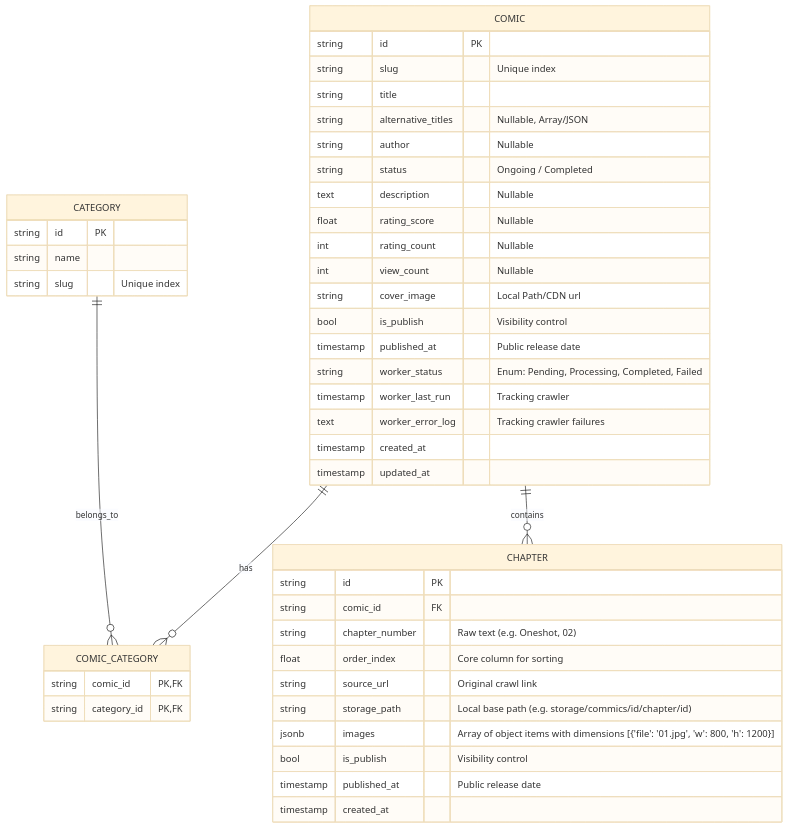
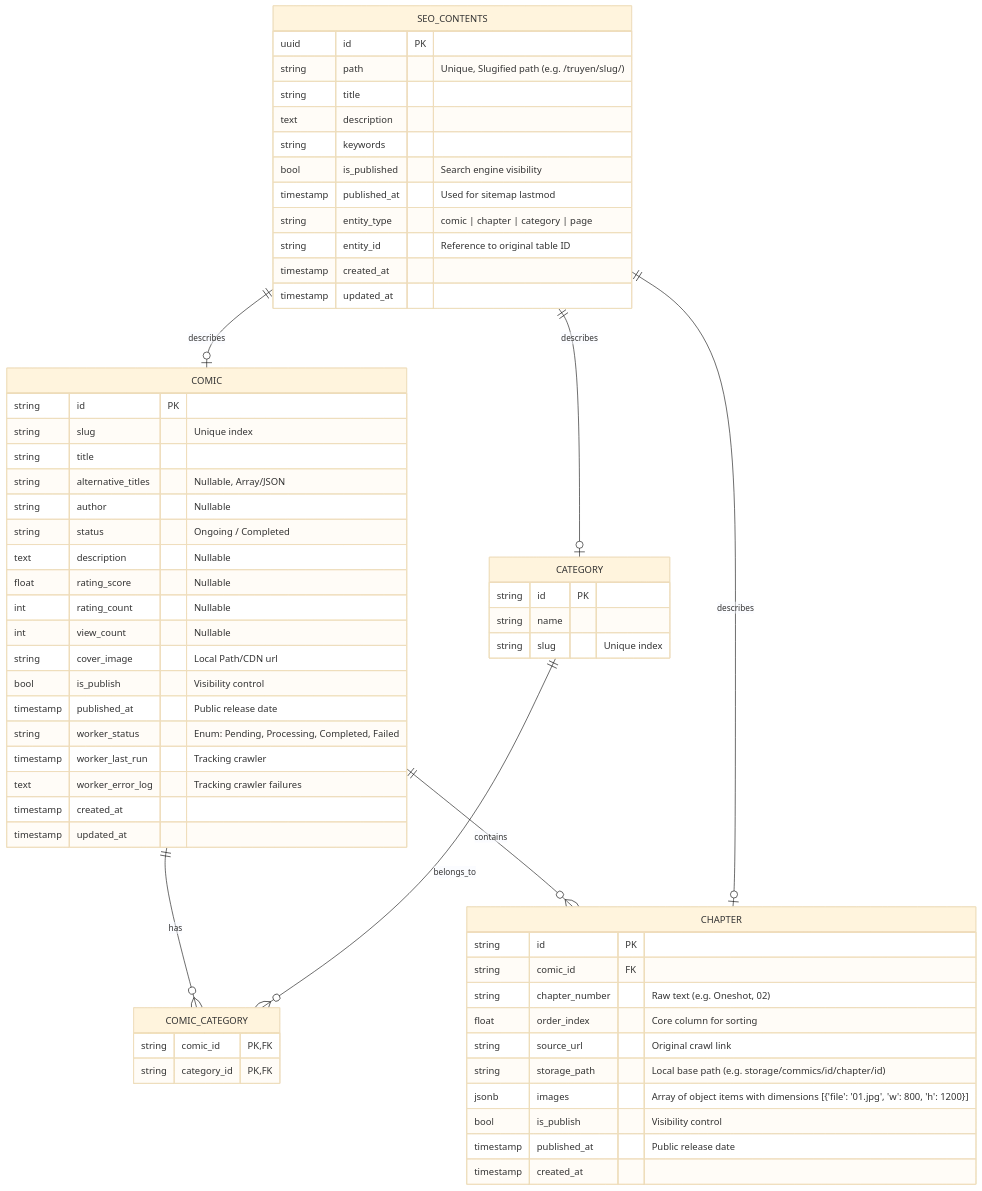
The diagram in docs/030-Specs/Spec-Database.md (devnguyen2507/the-commics), drawn with Mermaid (base theme) before and after one commit. The commit also changed 6 other files, not shown here.

Commit message:
feat: update docs improve seo contents

````diff
--- a/docs/030-Specs/Spec-Database.md
+++ b/docs/030-Specs/Spec-Database.md
@@ -36,51 +36,68 @@
 ```mermaid
 erDiagram
     COMIC ||--o{ COMIC_CATEGORY : has
     CATEGORY ||--o{ COMIC_CATEGORY : belongs_to
     COMIC ||--o{ CHAPTER : contains
+    SEO_CONTENTS ||--o| COMIC : describes
+    SEO_CONTENTS ||--o| CHAPTER : describes
+    SEO_CONTENTS ||--o| CATEGORY : describes
 
     COMIC {
         string id PK
         string slug "Unique index"
         string title
         string alternative_titles "Nullable, Array/JSON"
         string author "Nullable"
         string status "Ongoing / Completed"
         text description "Nullable"
         float rating_score "Nullable"
         int rating_count "Nullable"
         int view_count "Nullable"
         string cover_image "Local Path/CDN url"
         bool is_publish "Visibility control"
         timestamp published_at "Public release date"
         string worker_status "Enum: Pending, Processing, Completed, Failed"
         timestamp worker_last_run "Tracking crawler"
         text worker_error_log "Tracking crawler failures"
         timestamp created_at
         timestamp updated_at
     }
 
     CATEGORY {
         string id PK
         string name
         string slug "Unique index"
     }
 
     COMIC_CATEGORY {
         string comic_id PK, FK
         string category_id PK, FK
     }
 
     CHAPTER {
         string id PK
         string comic_id FK
         string chapter_number "Raw text (e.g. Oneshot, 02)"
         float order_index "Core column for sorting"
         string source_url "Original crawl link"
         string storage_path "Local base path (e.g. storage/commics/id/chapter/id)"
         jsonb images "Array of object items with dimensions [{'file': '01.jpg', 'w': 800, 'h': 1200}]"
         bool is_publish "Visibility control"
         timestamp published_at "Public release date"
         timestamp created_at
     }
+
+    SEO_CONTENTS {
+        uuid id PK
+        string path "Unique, Slugified path (e.g. /truyen/slug/)"
+        string title
+        text description
+        string keywords
+        bool is_published "Search engine visibility"
+        timestamp published_at "Used for sitemap lastmod"
+        string entity_type "comic | chapter | category | page"
+        string entity_id "Reference to original table ID"
+        timestamp created_at
+        timestamp updated_at
+    }
 ```
````
